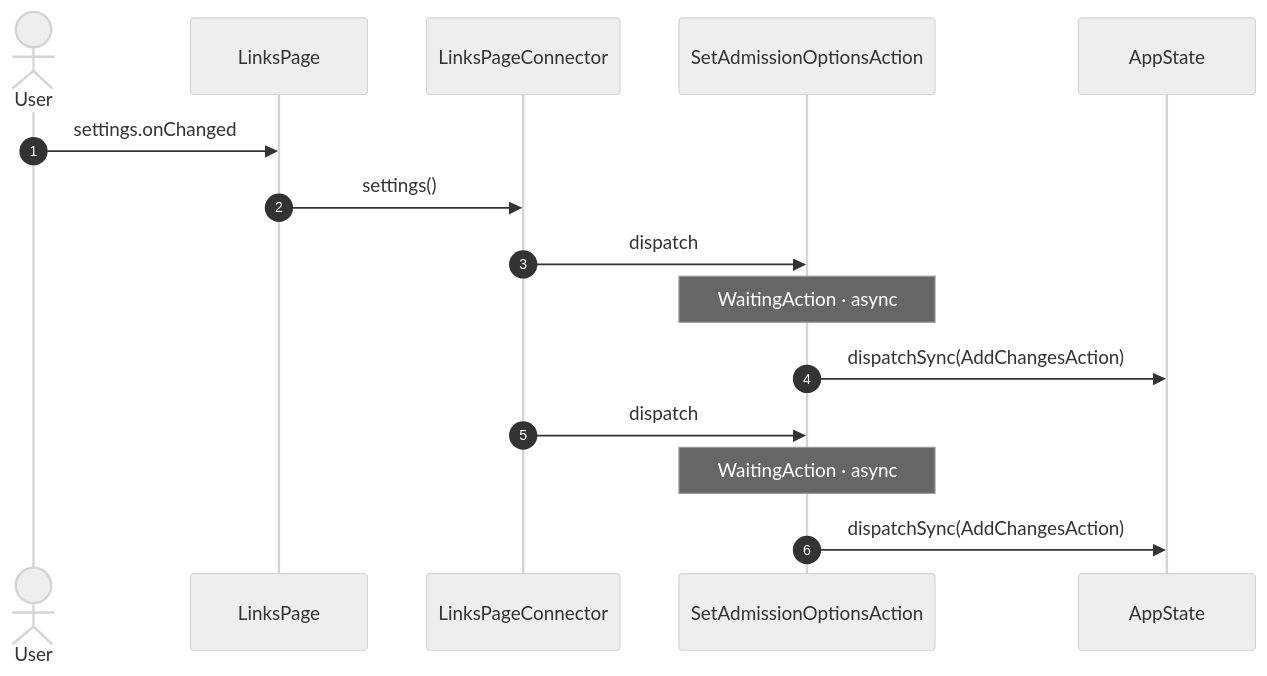
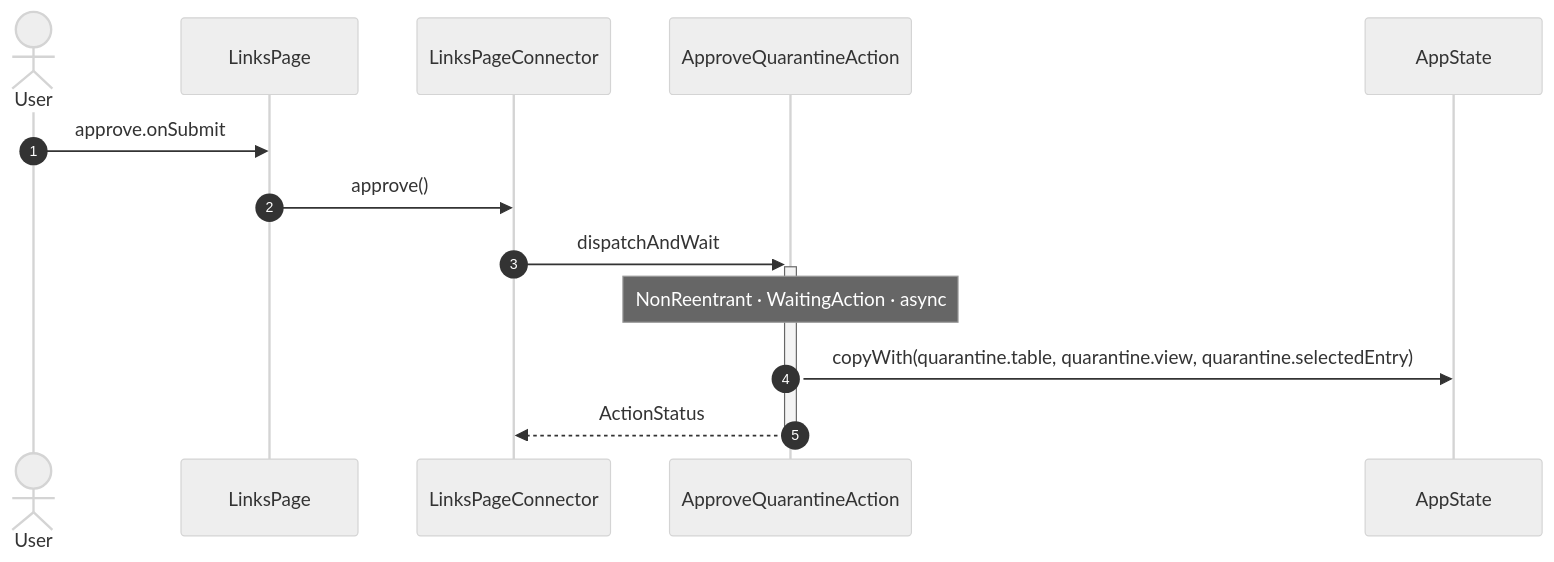
One commit to gencto/wyrm changed the first of 21 diagrams in studio/docs/flows/links.md. Above: the diagram before and after it, drawn with Mermaid (neutral theme). The commit also changed other lines of this file and 65 other files, not shown here.

````diff
--- a/studio/docs/flows/links.md
+++ b/studio/docs/flows/links.md
@@ -9,18 +9,16 @@
 ```mermaid
 sequenceDiagram
     autonumber
     actor User
     participant UI as LinksPage
     participant VM as LinksPageConnector
-    participant A1 as SetAdmissionOptionsAction
+    participant A1 as ApproveQuarantineAction
     participant ST as AppState
 
-    User->>UI: settings.onChanged
-    UI->>VM: settings()
-    VM->>A1: dispatch
-    Note over A1: WaitingAction · async
-    A1->>ST: dispatchSync(AddChangesAction)
-    VM->>A1: dispatch
-    Note over A1: WaitingAction · async
-    A1->>ST: dispatchSync(AddChangesAction)
+    User->>UI: approve.onSubmit
+    UI->>VM: approve()
+    VM->>+A1: dispatchAndWait
+    Note over A1: NonReentrant · WaitingAction · async
+    A1->>ST: copyWith(quarantine.table, quarantine.view, quarantine.selectedEntry)
+    A1-->>-VM: ActionStatus
 ```
````
